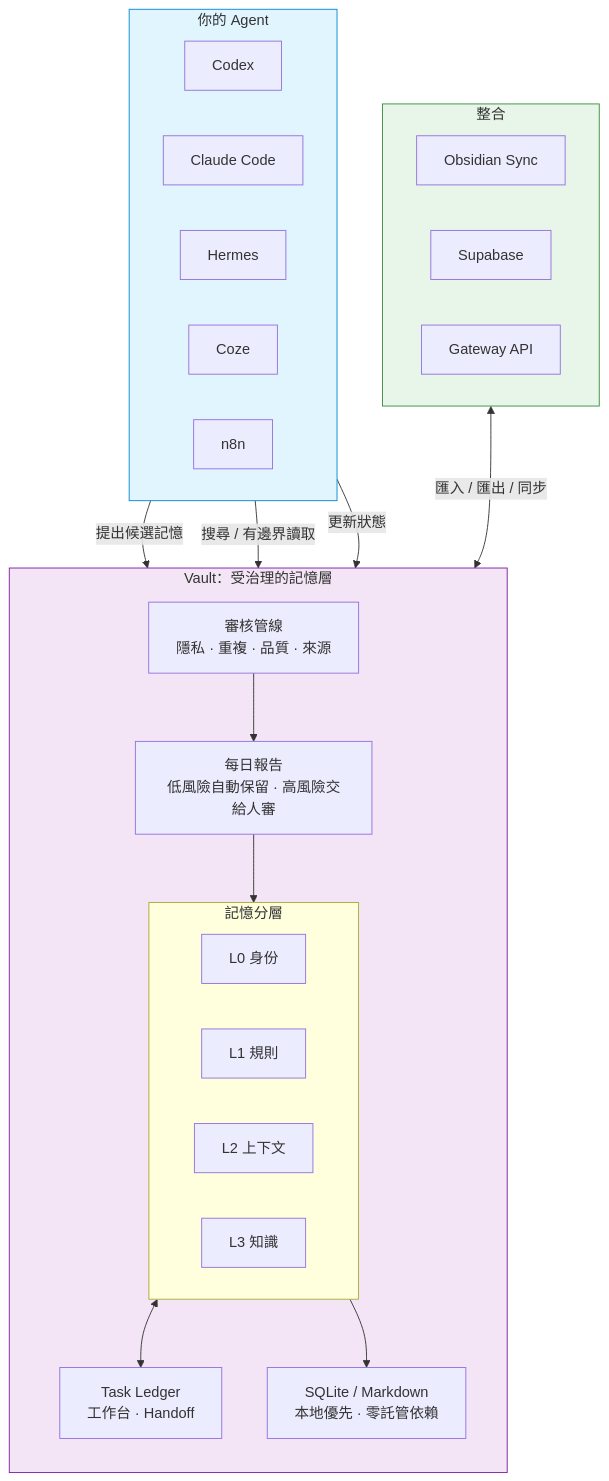
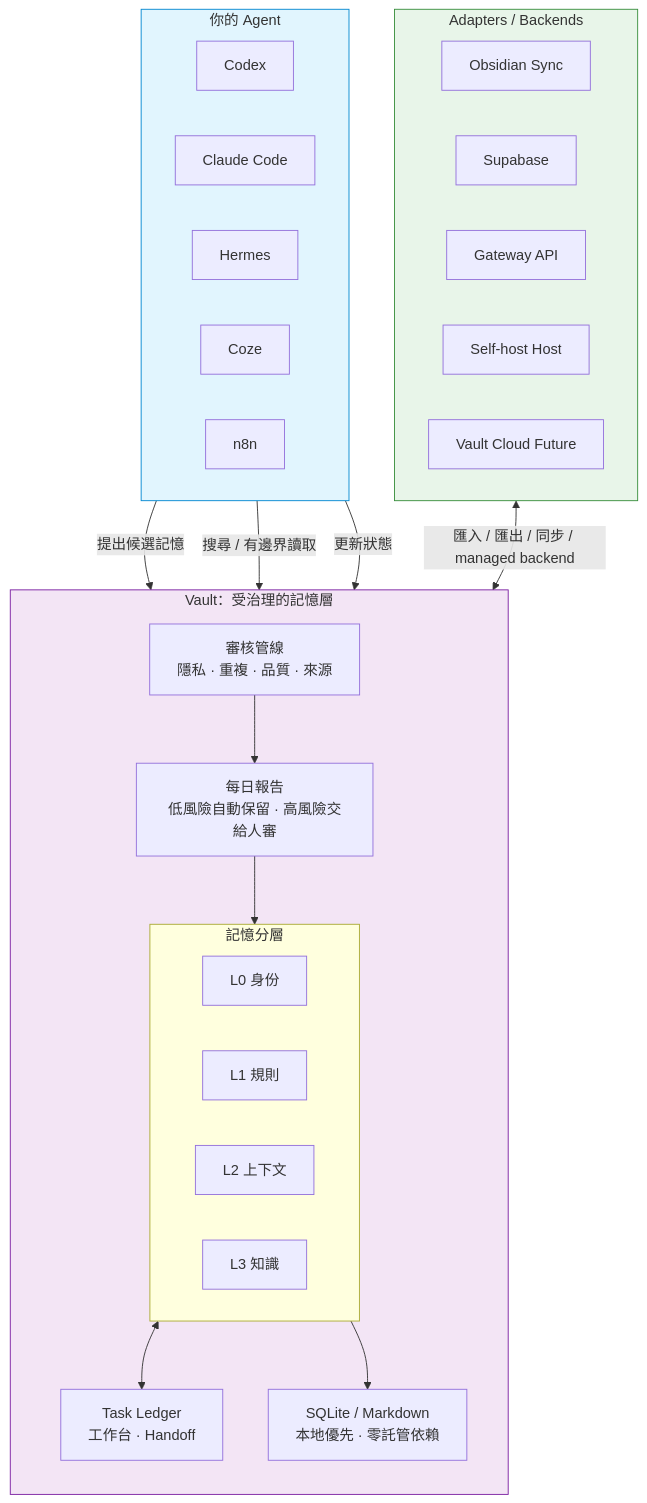
The diagram in README.zh-Hant.md (zycaskevin/Vault-Agent-Memory), drawn with Mermaid before and after one commit. The commit also changed other lines of this file and 24 other files, not shown here.

````diff
--- a/README.zh-Hant.md
+++ b/README.zh-Hant.md
@@ -41,43 +45,45 @@
 ```mermaid
 flowchart TB
     subgraph Agents["你的 Agent"]
         C[Codex]
         CL[Claude Code]
         H[Hermes]
         CO[Coze]
         N[n8n]
     end
 
     subgraph Vault["Vault：受治理的記憶層"]
         direction TB
         Pipeline["審核管線<br/>隱私 · 重複 · 品質 · 來源"]
         Report["每日報告<br/>低風險自動保留 · 高風險交給人審"]
         subgraph Layers["記憶分層"]
             L0["L0 身份"]
             L1["L1 規則"]
             L2["L2 上下文"]
             L3["L3 知識"]
         end
         Ledger["Task Ledger<br/>工作台 · Handoff"]
         Storage["SQLite / Markdown<br/>本地優先 · 零託管依賴"]
     end
 
-    subgraph Integrations["整合"]
+    subgraph Integrations["Adapters / Backends"]
         Obs[Obsidian Sync]
         Sup[Supabase]
         GW[Gateway API]
+        SH[Self-host Host]
+        VC[Vault Cloud Future]
     end
 
     Agents -->|提出候選記憶| Pipeline
     Agents -->|搜尋 / 有邊界讀取| Layers
     Agents -->|更新狀態| Ledger
     Pipeline --> Report
     Report --> Layers
     Layers <--> Ledger
     Layers --> Storage
-    Integrations <-->|匯入 / 匯出 / 同步| Vault
+    Integrations <-->|匯入 / 匯出 / 同步 / managed backend| Vault
 
     style Agents fill:#e1f5fe,stroke:#0288d1
     style Vault fill:#f3e5f5,stroke:#7b1fa2
     style Integrations fill:#e8f5e9,stroke:#388e3c
 ```
````
